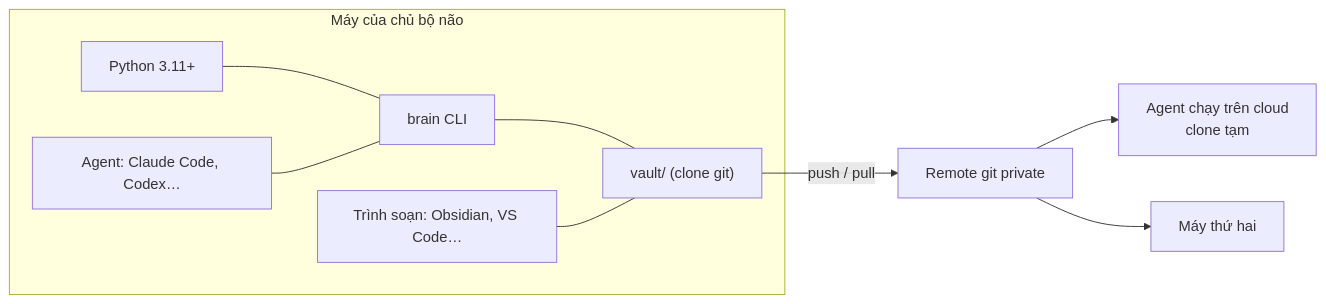
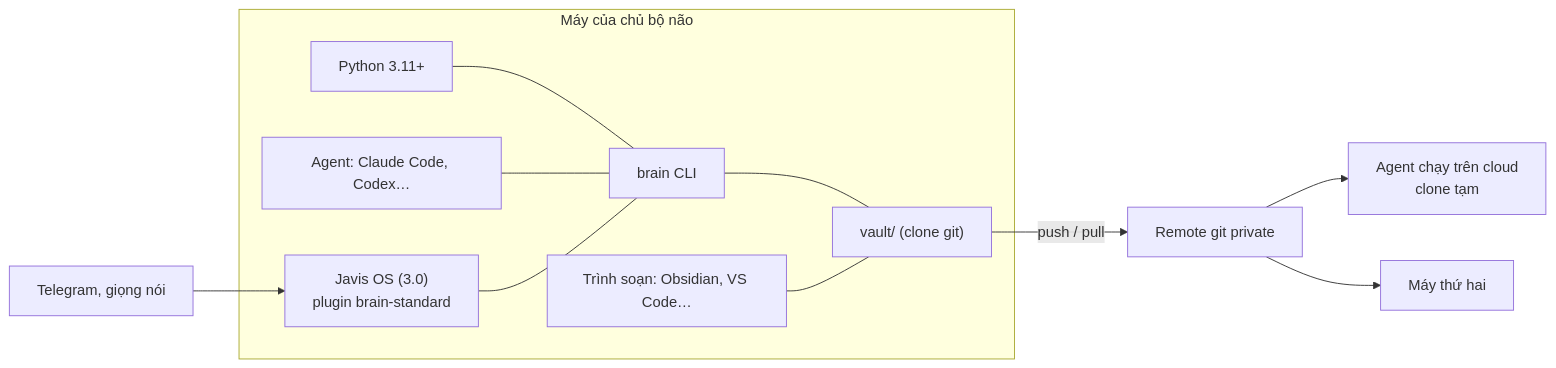
The seventh of 10 diagrams in docs/kien-truc-he-thong.md (DaveTran243/Brain_Standard), drawn with Mermaid before and after one commit. The commit also changed other lines of this file and 2 other files, not shown here.

First line of the commit message:
DAB 3.0: đưa vòng Javis vào docs/kien-truc-he-thong.md, bỏ docs/dab-3.0.md

````diff
--- a/docs/kien-truc-he-thong.md
+++ b/docs/kien-truc-he-thong.md
@@ -524,12 +685,14 @@
 ```mermaid
 flowchart LR
   subgraph May["Máy của chủ bộ não"]
     PY["Python 3.11+"] --- CLI2["brain CLI"]
     CLI2 --- VA["vault/ (clone git)"]
     ED["Trình soạn: Obsidian, VS Code…"] --- VA
     AGT["Agent: Claude Code, Codex…"] --- CLI2
+    JOS2["Javis OS (3.0)<br/>plugin brain-standard"] --- CLI2
   end
+  TG2["Telegram, giọng nói"] --> JOS2
   VA -- "push / pull" --> GH["Remote git private"]
   GH --> CL["Agent chạy trên cloud<br/>clone tạm"]
   GH --> M2["Máy thứ hai"]
 ```
````
